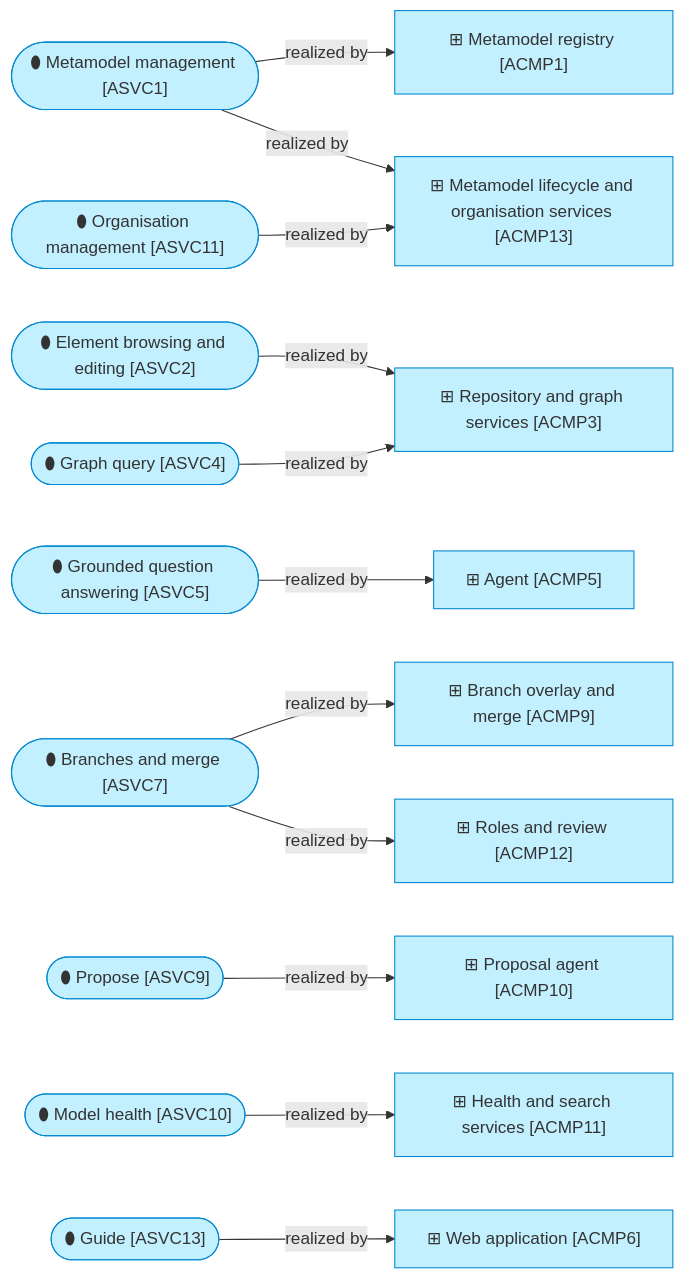
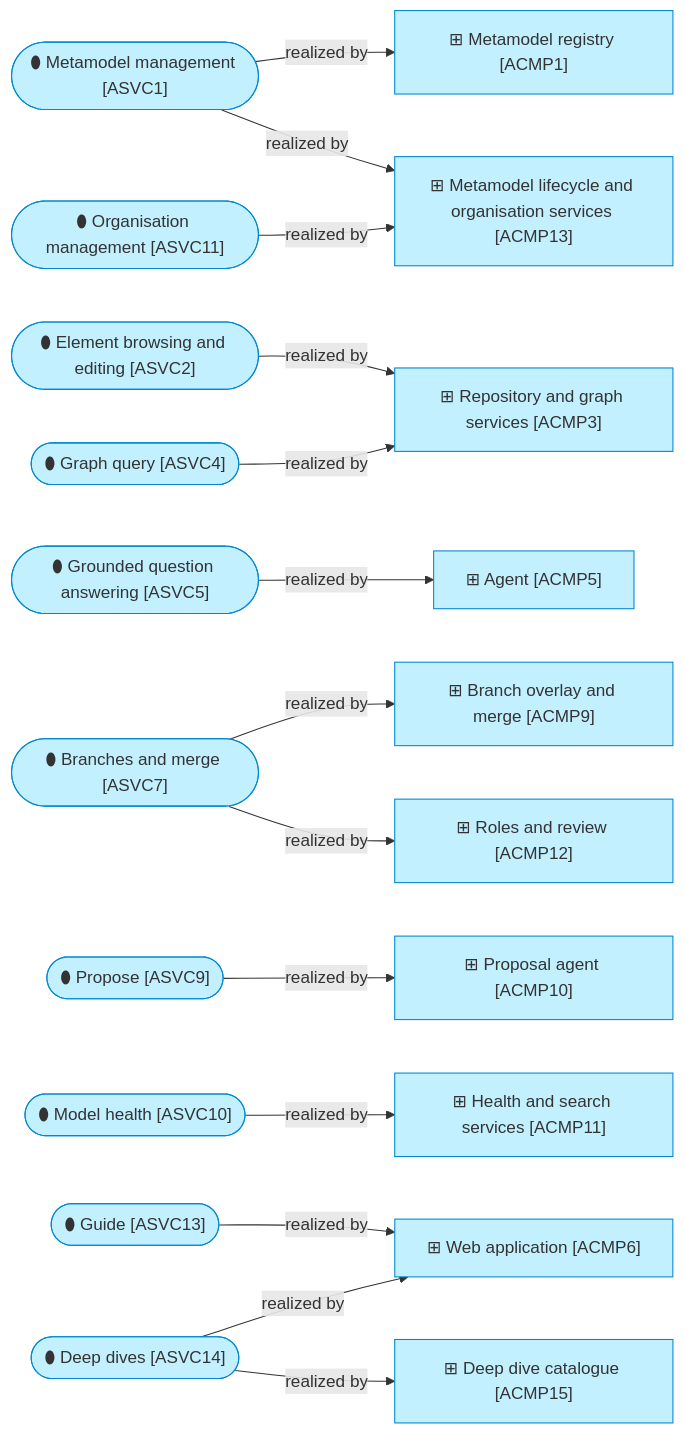
The fourth of 4 diagrams in architecture/4_application/1_application-services.md (roanboc/dbx-enterprise-architecture), drawn with Mermaid before and after one commit. The commit also changed other lines of this file and 14 other files, not shown here.

First line of the commit message:
docs(architecture): initiative 25 built — the application and technology layers aligned, GAP27 closed

````diff
--- a/architecture/4_application/1_application-services.md
+++ b/architecture/4_application/1_application-services.md
@@ -118,34 +126,38 @@
 ```mermaid
 flowchart LR
   s1(["⬮ Metamodel management [ASVC1]"]):::application
   s2(["⬮ Element browsing and editing [ASVC2]"]):::application
   s4(["⬮ Graph query [ASVC4]"]):::application
   s5(["⬮ Grounded question answering [ASVC5]"]):::application
   s7(["⬮ Branches and merge [ASVC7]"]):::application
   s9(["⬮ Propose [ASVC9]"]):::application
   s10(["⬮ Model health [ASVC10]"]):::application
   s11(["⬮ Organisation management [ASVC11]"]):::application
   s13(["⬮ Guide [ASVC13]"]):::application
+  s14(["⬮ Deep dives [ASVC14]"]):::application
   c1["⊞ Metamodel registry [ACMP1]"]:::application
   c3["⊞ Repository and graph services [ACMP3]"]:::application
   c5["⊞ Agent [ACMP5]"]:::application
   c6["⊞ Web application [ACMP6]"]:::application
   c9["⊞ Branch overlay and merge [ACMP9]"]:::application
   c10["⊞ Proposal agent [ACMP10]"]:::application
   c11["⊞ Health and search services [ACMP11]"]:::application
   c12["⊞ Roles and review [ACMP12]"]:::application
   c13["⊞ Metamodel lifecycle and organisation services [ACMP13]"]:::application
+  c15["⊞ Deep dive catalogue [ACMP15]"]:::application
   s1 -->|realized by| c1
   s1 -->|realized by| c13
   s2 -->|realized by| c3
   s4 -->|realized by| c3
   s5 -->|realized by| c5
   s7 -->|realized by| c9
   s7 -->|realized by| c12
   s9 -->|realized by| c10
   s10 -->|realized by| c11
   s11 -->|realized by| c13
   s13 -->|realized by| c6
+  s14 -->|realized by| c15
+  s14 -->|realized by| c6
 
   classDef application fill:#c2f0ff,stroke:#0288d1,color:#333
 ```
````
